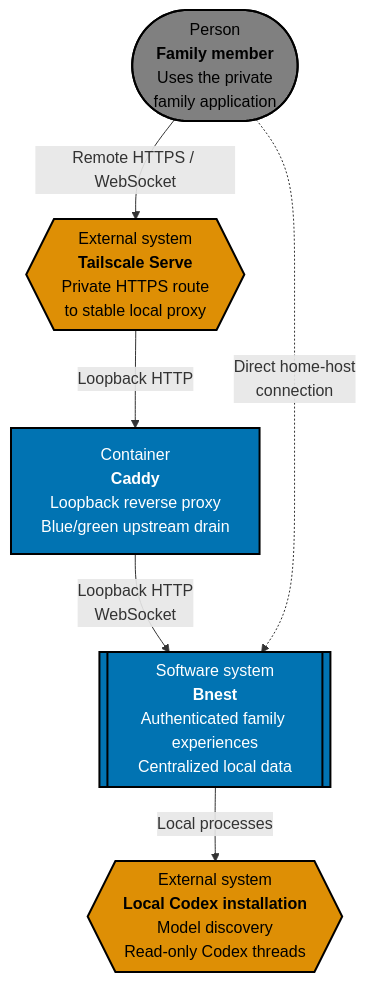
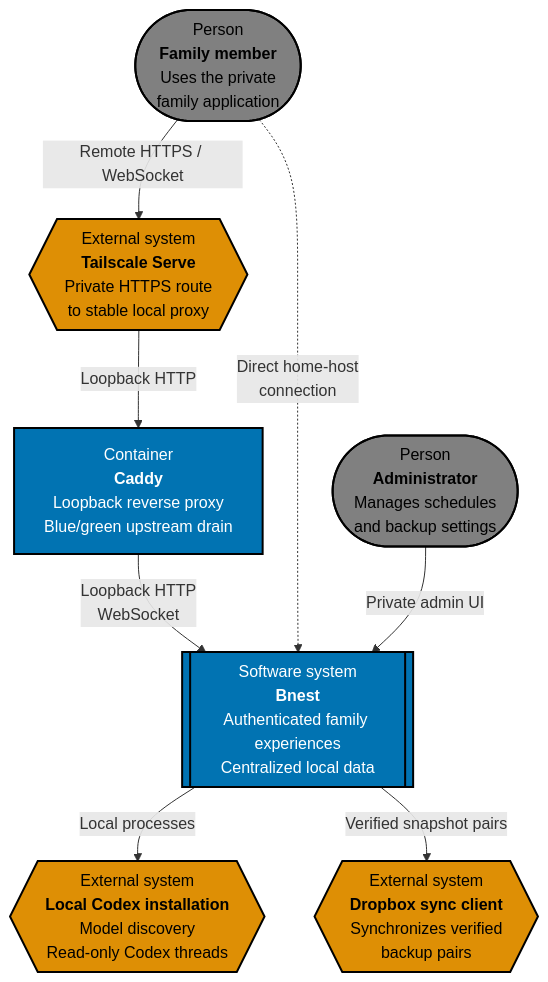
One commit to wahidyankf/beaver-nest changed the first of 5 diagrams in specs/apps/bnest/app/architecture.md. Above: the diagram before and after it, drawn with Mermaid. The commit also changed other lines of this file and 63 other files, not shown here.

````diff
--- a/specs/apps/bnest/app/architecture.md
+++ b/specs/apps/bnest/app/architecture.md
@@ -7,23 +7,27 @@
 ```mermaid
 %% Accessible palette: blue #0173B2, orange #DE8F05, gray #808080
 flowchart TB
     visitor(["Person<br/><b>Family member</b><br/>Uses the private<br/>family application"])
+    admin(["Person<br/><b>Administrator</b><br/>Manages schedules<br/>and backup settings"])
     tailscale{{"External system<br/><b>Tailscale Serve</b><br/>Private HTTPS route<br/>to stable local proxy"}}
     caddy["Container<br/><b>Caddy</b><br/>Loopback reverse proxy<br/>Blue/green upstream drain"]
     bnest[["Software system<br/><b>Bnest</b><br/>Authenticated family experiences<br/>Centralized local data"]]
     codex{{"External system<br/><b>Local Codex installation</b><br/>Model discovery<br/>Read-only Codex threads"}}
+    dropbox{{"External system<br/><b>Dropbox sync client</b><br/>Synchronizes verified<br/>backup pairs"}}
 
     visitor -->|Remote HTTPS / WebSocket| tailscale
     tailscale -->|Loopback HTTP| caddy
     caddy -->|Loopback HTTP<br/>WebSocket| bnest
     visitor -.->|Direct home-host<br/>connection| bnest
+    admin -->|Private admin UI| bnest
     bnest -->|Local processes| codex
+    bnest -->|Verified snapshot pairs| dropbox
 
     classDef person fill:#808080,stroke:#000000,color:#000000,stroke-width:2px
     classDef system fill:#0173B2,stroke:#000000,color:#FFFFFF,stroke-width:2px
     classDef external fill:#DE8F05,stroke:#000000,color:#000000,stroke-width:2px
-    class visitor person
+    class visitor,admin person
     class bnest system
-    class tailscale,codex external
+    class tailscale,codex,dropbox external
     class caddy system
 ```
````
